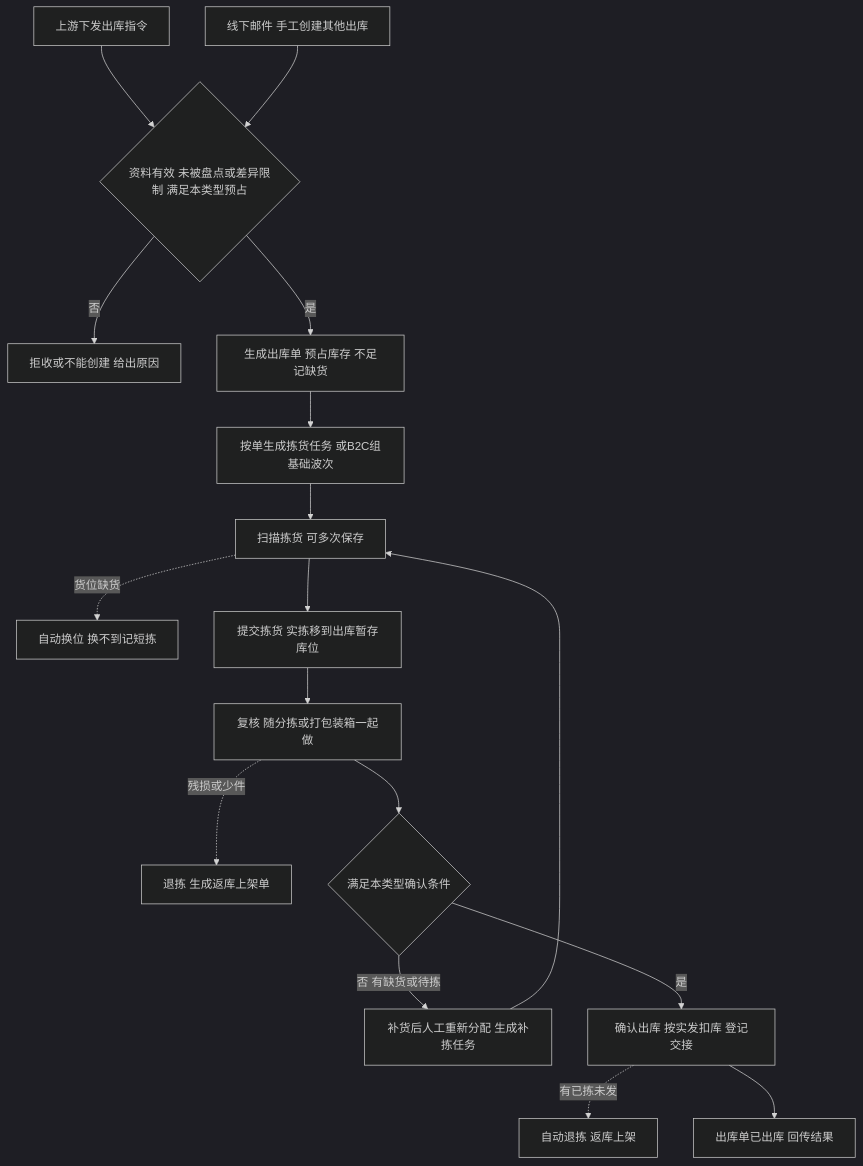
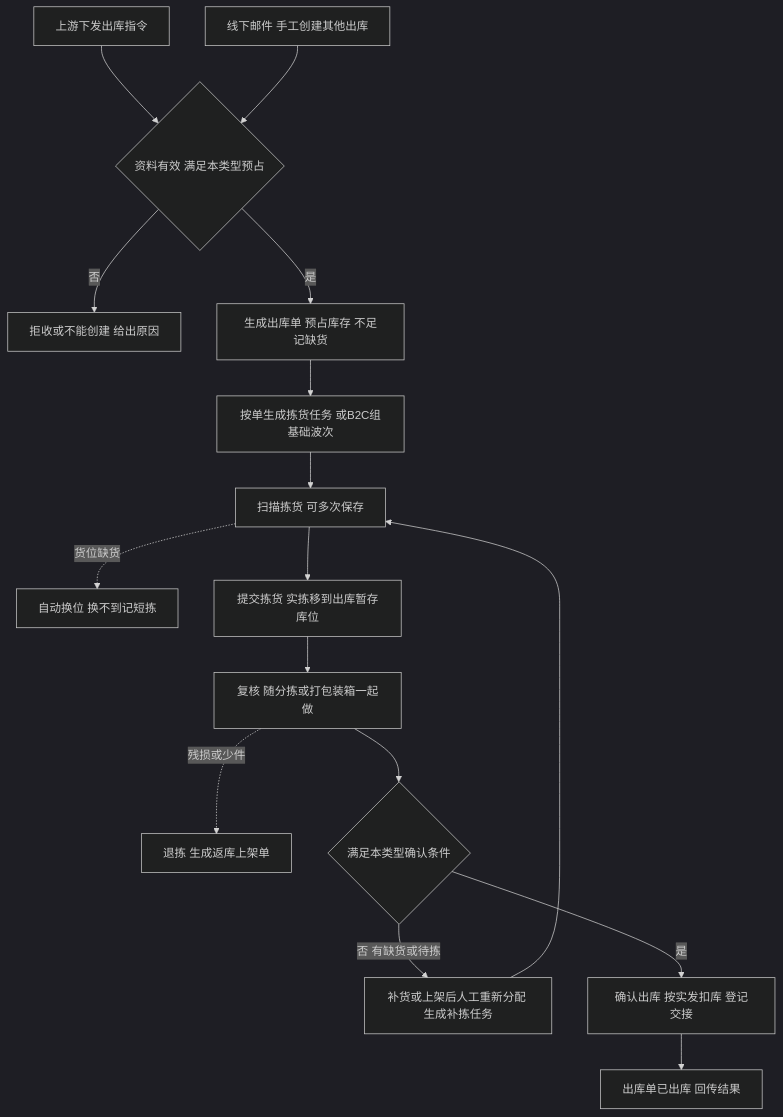
Before and after one commit to TopVitamin/QS-WMS-Project: the fourth of 4 diagrams in 01-全局背景信息/05-出库模块宏观系统架构.md, drawn with Mermaid (dark theme). The commit also changed other lines of this file and 174 other files, not shown here.

````diff
--- a/01-全局背景信息/05-出库模块宏观系统架构.md
+++ b/01-全局背景信息/05-出库模块宏观系统架构.md
@@ -287,19 +285,18 @@
 ```mermaid
 flowchart TD
-    A["上游下发出库指令"] --> B{"资料有效 未被盘点或差异限制 满足本类型预占"}
+    A["上游下发出库指令"] --> B{"资料有效 满足本类型预占"}
     A2["线下邮件 手工创建其他出库"] --> B
     B -->|否| B1["拒收或不能创建 给出原因"]
     B -->|是| C["生成出库单 预占库存 不足记缺货"]
     C --> D["按单生成拣货任务 或B2C组基础波次"]
     D --> E["扫描拣货 可多次保存"]
     E -.->|货位缺货| E1["自动换位 换不到记短拣"]
     E --> F["提交拣货 实拣移到出库暂存库位"]
     F --> G["复核 随分拣或打包装箱一起做"]
     G -.->|残损或少件| G1["退拣 生成返库上架单"]
     G --> H{"满足本类型确认条件"}
-    H -->|否 有缺货或待拣| J["补货后人工重新分配 生成补拣任务"]
+    H -->|否 有缺货或待拣| J["补货或上架后人工重新分配 生成补拣任务"]
     J --> E
     H -->|是| K["确认出库 按实发扣库 登记交接"]
-    K -.->|有已拣未发| K1["自动退拣 返库上架"]
     K --> L["出库单已出库 回传结果"]
 ```
````
